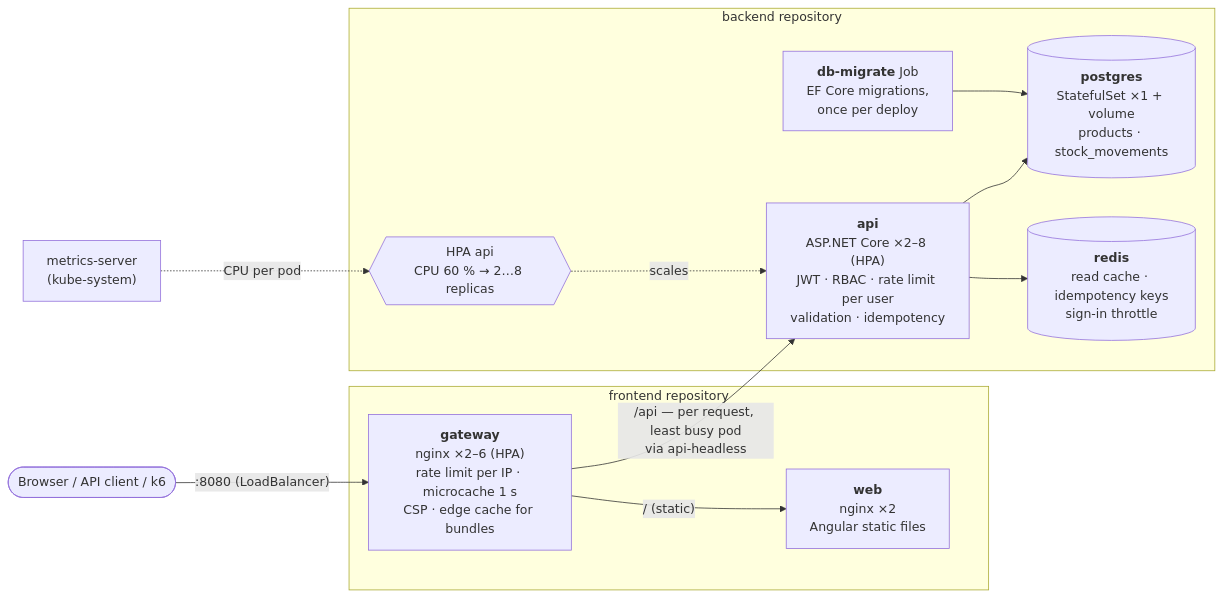
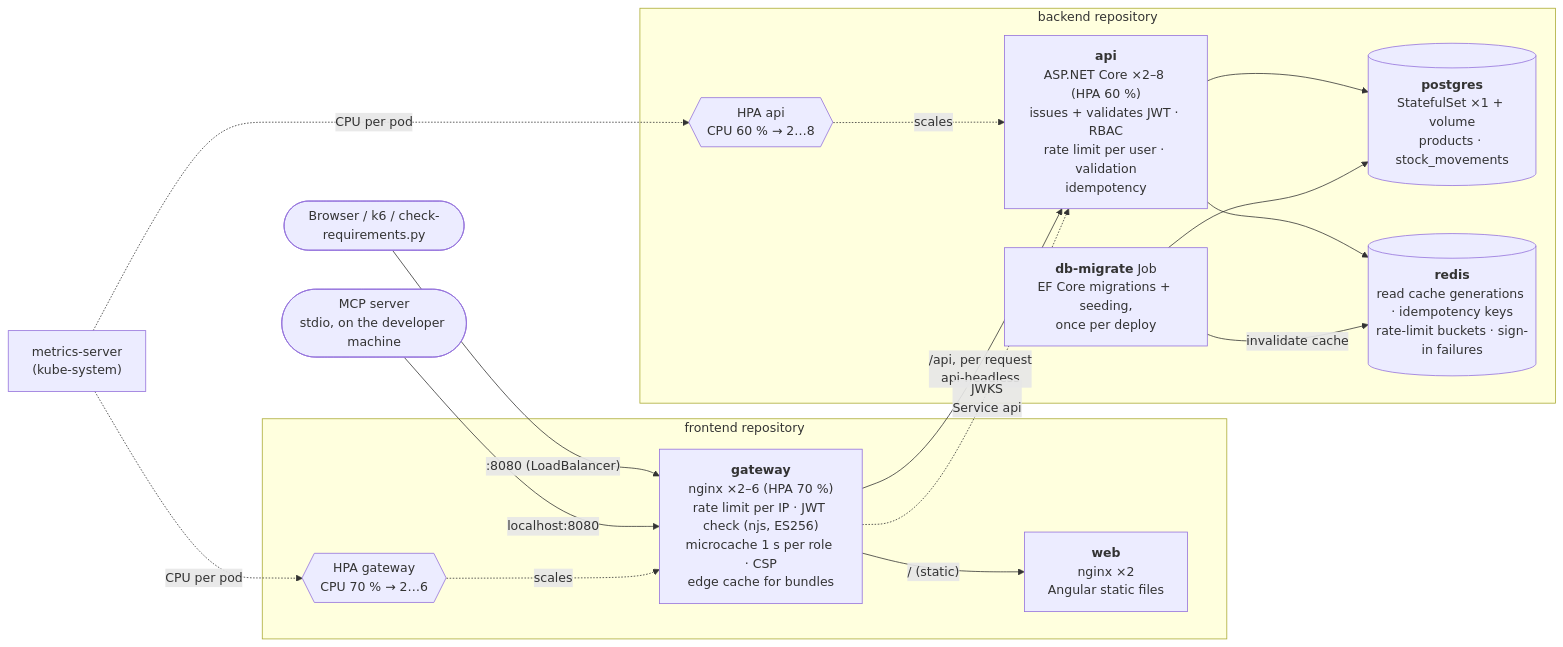
One commit to RubenCipriano/zeiss-product-management changed the first of 2 diagrams in docs/architecture.md. Above: the diagram before and after it, drawn with Mermaid. The commit also changed other lines of this file and 73 other files, not shown here.

First line of the commit message:
refactor(web): feature layers, Lighthouse and Playwright, mobile and a11y fixes; Mermaid flows

````diff
--- a/docs/architecture.md
+++ b/docs/architecture.md
@@ -19,25 +23,30 @@
 ```mermaid
 flowchart LR
-    user([Browser / API client / k6]) -->|":8080 (LoadBalancer)"| gw
+    user([Browser / k6 / check-requirements.py]) -->|":8080 (LoadBalancer)"| gw
+    mcp(["MCP server<br/>stdio, on the developer machine"]) -->|"localhost:8080"| gw
 
     subgraph frontend["frontend repository"]
-        gw["<b>gateway</b><br/>nginx ×2–6 (HPA)<br/>rate limit per IP · microcache 1 s<br/>CSP · edge cache for bundles"]
+        gw["<b>gateway</b><br/>nginx ×2–6 (HPA 70 %)<br/>rate limit per IP · JWT check (njs, ES256)<br/>microcache 1 s per role · CSP<br/>edge cache for bundles"]
         web["<b>web</b><br/>nginx ×2<br/>Angular static files"]
+        hgw{{"HPA gateway<br/>CPU 70 % → 2…6"}}
     end
 
     subgraph backend["backend repository"]
-        api["<b>api</b><br/>ASP.NET Core ×2–8 (HPA)<br/>JWT · RBAC · rate limit per user<br/>validation · idempotency"]
+        api["<b>api</b><br/>ASP.NET Core ×2–8 (HPA 60 %)<br/>issues + validates JWT · RBAC<br/>rate limit per user · validation<br/>idempotency"]
         pg[("<b>postgres</b><br/>StatefulSet ×1 + volume<br/>products · stock_movements")]
-        redis[("<b>redis</b><br/>read cache · idempotency keys<br/>sign-in throttle")]
-        job["<b>db-migrate</b> Job<br/>EF Core migrations,<br/>once per deploy"]
-        hpa{{"HPA api<br/>CPU 60 % → 2…8 replicas"}}
+        redis[("<b>redis</b><br/>read cache generations · idempotency keys<br/>rate-limit buckets · sign-in failures")]
+        job["<b>db-migrate</b> Job<br/>EF Core migrations + seeding,<br/>once per deploy"]
+        hapi{{"HPA api<br/>CPU 60 % → 2…8"}}
     end
 
     gw -->|"/ (static)"| web
-    gw -->|"/api — per request, least busy pod<br/>via api-headless"| api
+    gw -->|"/api, per request<br/>api-headless"| api
+    gw -.->|"JWKS<br/>Service api"| api
     api --> pg
     api --> redis
     job --> pg
-    hpa -. scales .-> api
-    ms["metrics-server<br/>(kube-system)"] -. CPU per pod .-> hpa
+    job -->|"invalidate cache"| redis
+    hapi -. scales .-> api
+    hgw -. scales .-> gw
+    ms["metrics-server<br/>(kube-system)"] -. CPU per pod .-> hapi & hgw
 ```
````
